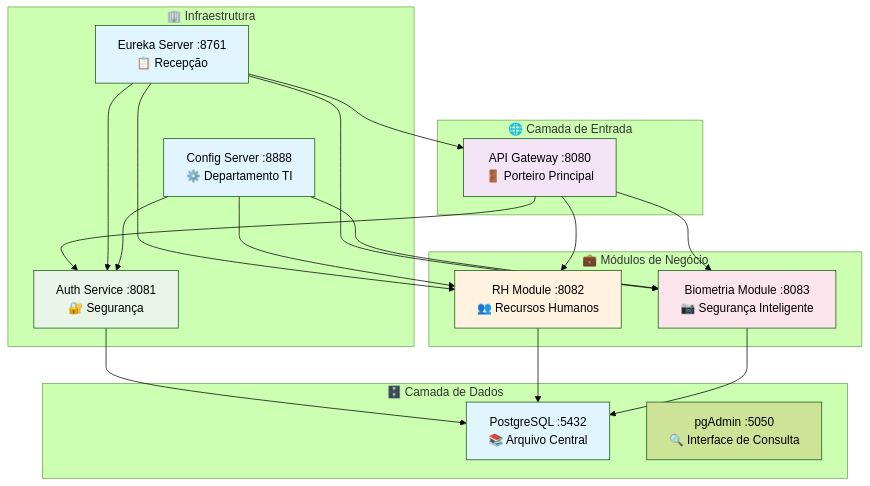
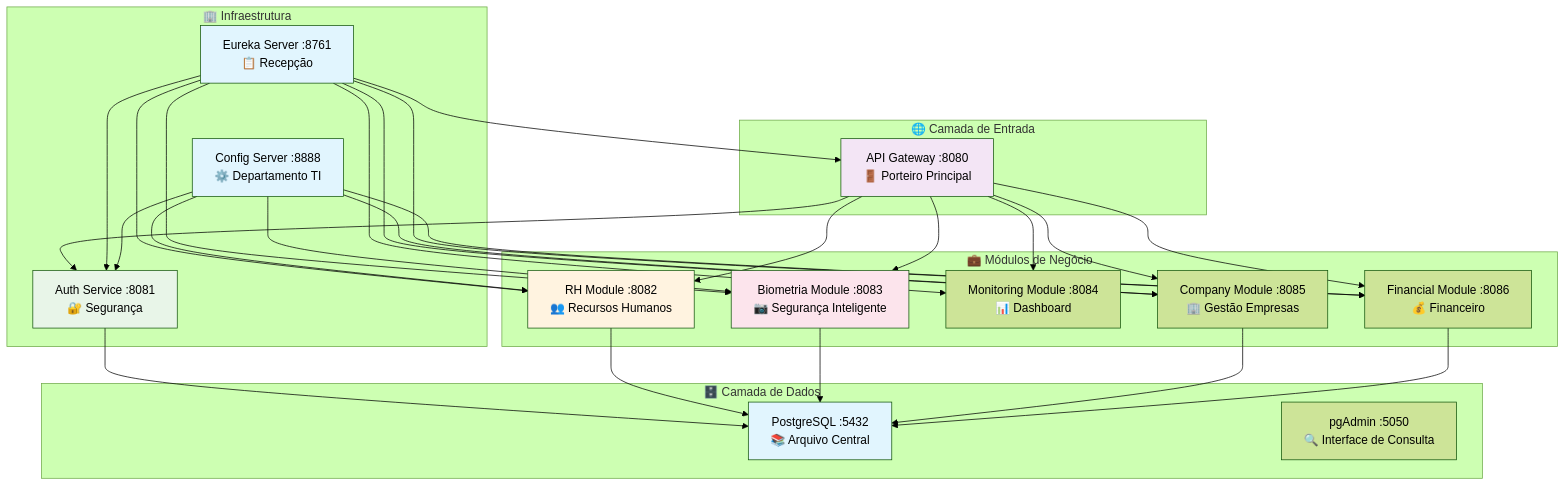
Before and after one commit to rsanto0/myerp: the first of 2 diagrams in docs/SYSTEM-ARCHITECTURE.md, drawn with Mermaid (forest theme). The commit also changed other lines of this file and 164 other files, not shown here.

````diff
--- a/docs/SYSTEM-ARCHITECTURE.md
+++ b/docs/SYSTEM-ARCHITECTURE.md
@@ -9,47 +9,60 @@
 ```mermaid
 graph TB
     subgraph "🌐 Camada de Entrada"
         A[API Gateway :8080<br/>🚪 Porteiro Principal]
     end
     
     subgraph "🏢 Infraestrutura"
         B[Eureka Server :8761<br/>📋 Recepção]
         C[Config Server :8888<br/>⚙️ Departamento TI]
         D[Auth Service :8081<br/>🔐 Segurança]
     end
     
     subgraph "💼 Módulos de Negócio"
         E[RH Module :8082<br/>👥 Recursos Humanos]
         F[Biometria Module :8083<br/>📷 Segurança Inteligente]
+        I[Monitoring Module :8084<br/>📊 Dashboard]
+        J[Company Module :8085<br/>🏢 Gestão Empresas]
+        K[Financial Module :8086<br/>💰 Financeiro]
     end
     
     subgraph "🗄️ Camada de Dados"
         G[PostgreSQL :5432<br/>📚 Arquivo Central]
         H[pgAdmin :5050<br/>🔍 Interface de Consulta]
     end
     
     A --> D
     A --> E
     A --> F
+    A --> I
+    A --> J
+    A --> K
     
     B --> A
     B --> D
     B --> E
     B --> F
+    B --> I
+    B --> J
+    B --> K
     
     C --> D
     C --> E
     C --> F
+    C --> J
+    C --> K
     
     D --> G
     E --> G
     F --> G
+    J --> G
+    K --> G
     
     style A fill:#f3e5f5
     style B fill:#e1f5fe
     style C fill:#e1f5fe
     style D fill:#e8f5e8
     style E fill:#fff3e0
     style F fill:#fce4ec
     style G fill:#e1f5fe
 ```
````
